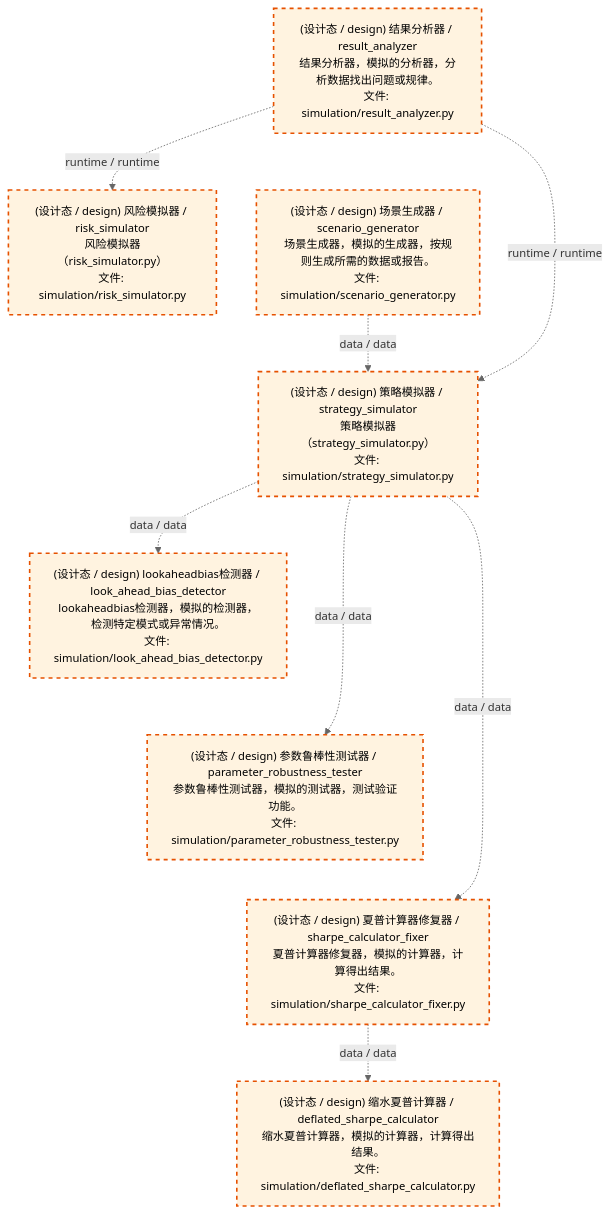
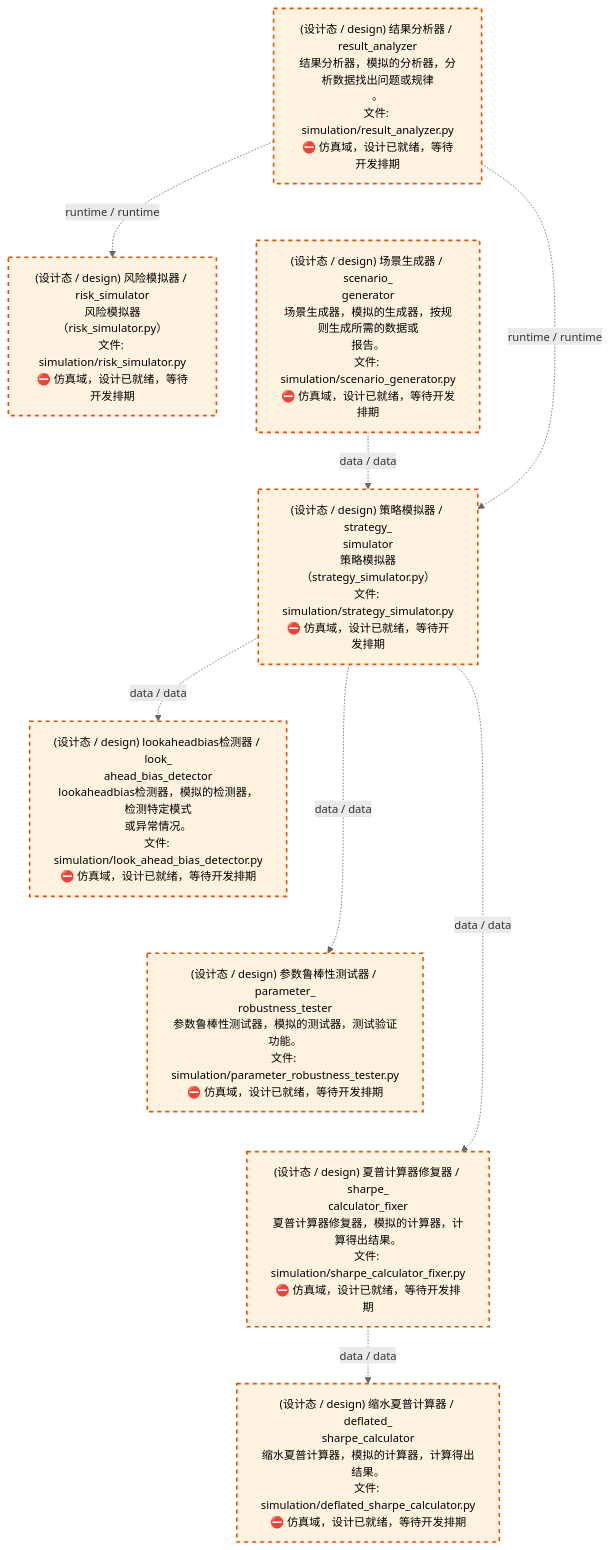
One commit to xuanFelixVan/ZephyrAlpha changed the third of 4 diagrams in docs/02_enterprise_architecture/02_domain_architecture_docs/70_d_simulation.md. Above: the diagram before and after it, drawn with Mermaid. The commit also changed other lines of this file and 61 other files, not shown here.

````diff
--- a/docs/02_enterprise_architecture/02_domain_architecture_docs/70_d_simulation.md
+++ b/docs/02_enterprise_architecture/02_domain_architecture_docs/70_d_simulation.md
@@ -112,28 +112,28 @@
 ```mermaid
 %%{init: {'theme': 'base', 'themeVariables': {'primaryColor': '#eaeaea', 'primaryTextColor': '#333333', 'primaryBorderColor': '#666666', 'lineColor': '#666666', 'secondaryColor': '#eaeaea', 'tertiaryColor': '#eaeaea', 'fontSize': '14px'}}}%%
 flowchart TD
-    src_zephyr_simulation_result_analyzer_py["(设计态 / design) 结果分析器 / result_analyzer<br/>结果分析器，模拟的分析器，分析数据找出问题或规律。<br/>文件: simulation/result_analyzer.py"]
-    src_zephyr_simulation_scenario_generator_py["(设计态 / design) 场景生成器 / scenario_generator<br/>场景生成器，模拟的生成器，按规则生成所需的数据或报告。<br/>文件: simulation/scenario_generator.py"]
+    src_zephyr_simulation_result_analyzer_py["(设计态 / design) 结果分析器 / result_analyzer<br/>结果分析器，模拟的分析器，分析数据找出问题或规律<br/>。<br/>文件: simulation/result_analyzer.py<br/>⛔ 仿真域，设计已就绪，等待开发排期"]
+    src_zephyr_simulation_scenario_generator_py["(设计态 / design) 场景生成器 / scenario_<br/>generator<br/>场景生成器，模拟的生成器，按规则生成所需的数据或<br/>报告。<br/>文件: simulation/scenario_generator.py<br/>⛔ 仿真域，设计已就绪，等待开发排期"]
     src_zephyr_simulation_result_analyzer_py ~~~ src_zephyr_simulation_scenario_generator_py
-    src_zephyr_simulation_risk_simulator_py["(设计态 / design) 风险模拟器 / risk_simulator<br/>风险模拟器（risk_simulator.py）<br/>文件: simulation/risk_simulator.py"]
-    src_zephyr_simulation_strategy_simulator_py["(设计态 / design) 策略模拟器 / strategy_simulator<br/>策略模拟器（strategy_simulator.py）<br/>文件: simulation/strategy_simulator.py"]
+    src_zephyr_simulation_risk_simulator_py["(设计态 / design) 风险模拟器 / risk_simulator<br/>风险模拟器（risk_simulator.py）<br/>文件: simulation/risk_simulator.py<br/>⛔ 仿真域，设计已就绪，等待开发排期"]
+    src_zephyr_simulation_strategy_simulator_py["(设计态 / design) 策略模拟器 / strategy_<br/>simulator<br/>策略模拟器（strategy_simulator.py）<br/>文件: simulation/strategy_simulator.py<br/>⛔ 仿真域，设计已就绪，等待开发排期"]
     src_zephyr_simulation_risk_simulator_py ~~~ src_zephyr_simulation_strategy_simulator_py
-    src_zephyr_simulation_look_ahead_bias_detector_py["(设计态 / design) lookaheadbias检测器 / look_ahead_bias_detector<br/>lookaheadbias检测器，模拟的检测器，检测特定模式或异常情况。<br/>文件: simulation/look_ahead_bias_detector.py"]
-    src_zephyr_simulation_parameter_robustness_tester_py["(设计态 / design) 参数鲁棒性测试器 / parameter_robustness_tester<br/>参数鲁棒性测试器，模拟的测试器，测试验证功能。<br/>文件: simulation/parameter_robustness_tester.py"]
-    src_zephyr_simulation_sharpe_calculator_fixer_py["(设计态 / design) 夏普计算器修复器 / sharpe_calculator_fixer<br/>夏普计算器修复器，模拟的计算器，计算得出结果。<br/>文件: simulation/sharpe_calculator_fixer.py"]
+    src_zephyr_simulation_look_ahead_bias_detector_py["(设计态 / design) lookaheadbias检测器 / look_<br/>ahead_bias_detector<br/>lookaheadbias检测器，模拟的检测器，检测特定模式<br/>或异常情况。<br/>文件: simulation/look_ahead_bias_detector.py<br/>⛔ 仿真域，设计已就绪，等待开发排期"]
+    src_zephyr_simulation_parameter_robustness_tester_py["(设计态 / design) 参数鲁棒性测试器 / parameter_<br/>robustness_tester<br/>参数鲁棒性测试器，模拟的测试器，测试验证功能。<br/>文件: simulation/parameter_robustness_tester.py<br/>⛔ 仿真域，设计已就绪，等待开发排期"]
+    src_zephyr_simulation_sharpe_calculator_fixer_py["(设计态 / design) 夏普计算器修复器 / sharpe_<br/>calculator_fixer<br/>夏普计算器修复器，模拟的计算器，计算得出结果。<br/>文件: simulation/sharpe_calculator_fixer.py<br/>⛔ 仿真域，设计已就绪，等待开发排期"]
     src_zephyr_simulation_look_ahead_bias_detector_py ~~~ src_zephyr_simulation_parameter_robustness_tester_py
     src_zephyr_simulation_parameter_robustness_tester_py ~~~ src_zephyr_simulation_sharpe_calculator_fixer_py
-    src_zephyr_simulation_deflated_sharpe_calculator_py["(设计态 / design) 缩水夏普计算器 / deflated_sharpe_calculator<br/>缩水夏普计算器，模拟的计算器，计算得出结果。<br/>文件: simulation/deflated_sharpe_calculator.py"]
+    src_zephyr_simulation_deflated_sharpe_calculator_py["(设计态 / design) 缩水夏普计算器 / deflated_<br/>sharpe_calculator<br/>缩水夏普计算器，模拟的计算器，计算得出结果。<br/>文件: simulation/deflated_sharpe_calculator.py<br/>⛔ 仿真域，设计已就绪，等待开发排期"]
     src_zephyr_simulation_strategy_simulator_py -.->|data / data| src_zephyr_simulation_parameter_robustness_tester_py
     src_zephyr_simulation_strategy_simulator_py -.->|data / data| src_zephyr_simulation_look_ahead_bias_detector_py
     src_zephyr_simulation_strategy_simulator_py -.->|data / data| src_zephyr_simulation_sharpe_calculator_fixer_py
     src_zephyr_simulation_scenario_generator_py -.->|data / data| src_zephyr_simulation_strategy_simulator_py
     src_zephyr_simulation_result_analyzer_py -.->|runtime / runtime| src_zephyr_simulation_strategy_simulator_py
     src_zephyr_simulation_result_analyzer_py -.->|runtime / runtime| src_zephyr_simulation_risk_simulator_py
     src_zephyr_simulation_sharpe_calculator_fixer_py -.->|data / data| src_zephyr_simulation_deflated_sharpe_calculator_py
     classDef production fill:#e1f5fe,stroke:#01579b,stroke-width:2px,color:#000
     classDef design fill:#fff3e0,stroke:#e65100,stroke-width:2px,color:#000,stroke-dasharray: 5 5
     classDef external_prod fill:#e8f4fd,stroke:#0277bd,stroke-width:1px,color:#000
     classDef external_design fill:#fff8e7,stroke:#ef6c00,stroke-width:1px,color:#000,stroke-dasharray: 5 5
     class src_zephyr_simulation_deflated_sharpe_calculator_py,src_zephyr_simulation_look_ahead_bias_detector_py,src_zephyr_simulation_parameter_robustness_tester_py,src_zephyr_simulation_result_analyzer_py,src_zephyr_simulation_risk_simulator_py,src_zephyr_simulation_scenario_generator_py,src_zephyr_simulation_sharpe_calculator_fixer_py,src_zephyr_simulation_strategy_simulator_py design
 ```
````
